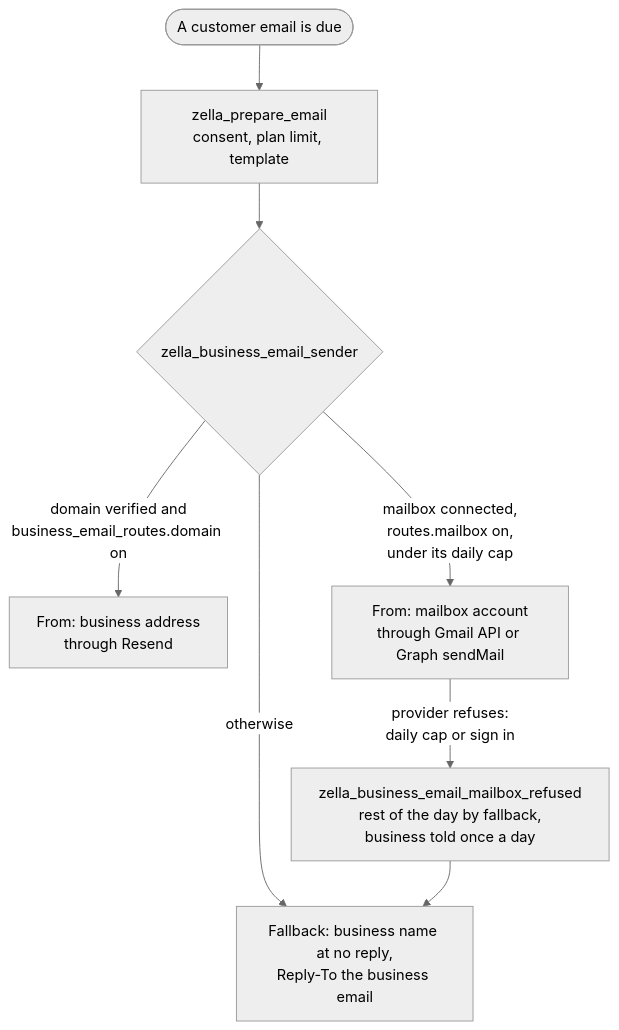
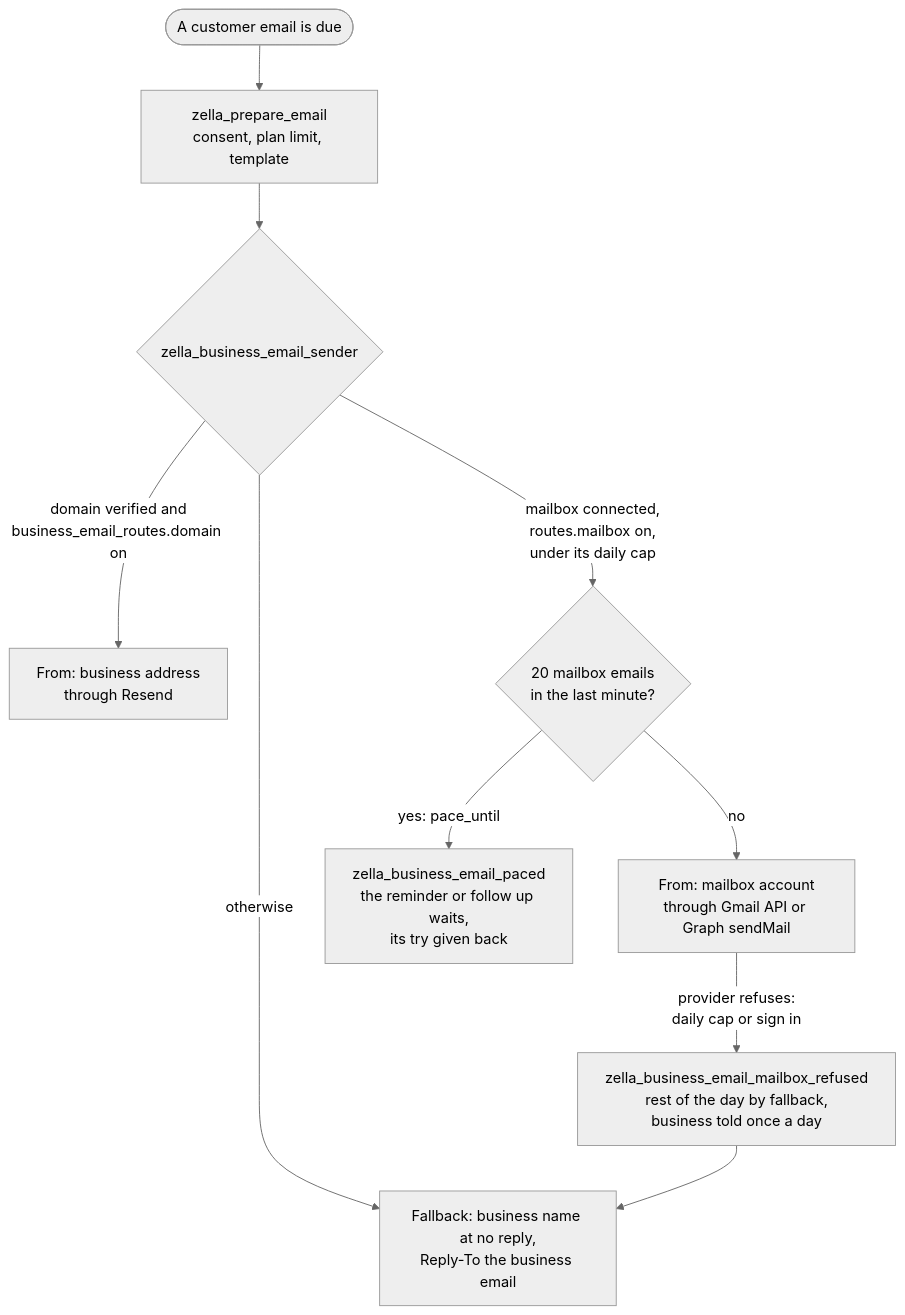
Diagram 17 of 26 in docs/ARCHITECTURE.md (singhdhruv525-source/Zella-AI), drawn with Mermaid (neutral theme) before and after one commit. The commit also changed other lines of this file and 32 other files, not shown here.

First line of the commit message:
Business email address, parts 6 to 8: mailbox limits, the owner's link, pending domains

````diff
--- a/docs/ARCHITECTURE.md
+++ b/docs/ARCHITECTURE.md
@@ -1382,10 +1402,12 @@
 ```mermaid
 flowchart TD
   due([A customer email is due]) --> prep["zella_prepare_email<br/>consent, plan limit, template"]
   prep --> who{"zella_business_email_sender"}
   who -- "domain verified and<br/>business_email_routes.domain on" --> dom["From: business address<br/>through Resend"]
-  who -- "mailbox connected,<br/>routes.mailbox on,<br/>under its daily cap" --> mb["From: mailbox account<br/>through Gmail API or Graph sendMail"]
+  who -- "mailbox connected,<br/>routes.mailbox on,<br/>under its daily cap" --> pace{"20 mailbox emails<br/>in the last minute?"}
+  pace -- no --> mb["From: mailbox account<br/>through Gmail API or Graph sendMail"]
+  pace -- "yes: pace_until" --> wait["zella_business_email_paced<br/>the reminder or follow up waits,<br/>its try given back"]
   who -- otherwise --> fb["Fallback: business name at no reply,<br/>Reply-To the business email"]
   mb -- "provider refuses:<br/>daily cap or sign in" --> ref["zella_business_email_mailbox_refused<br/>rest of the day by fallback,<br/>business told once a day"]
   ref --> fb
 ```
````
